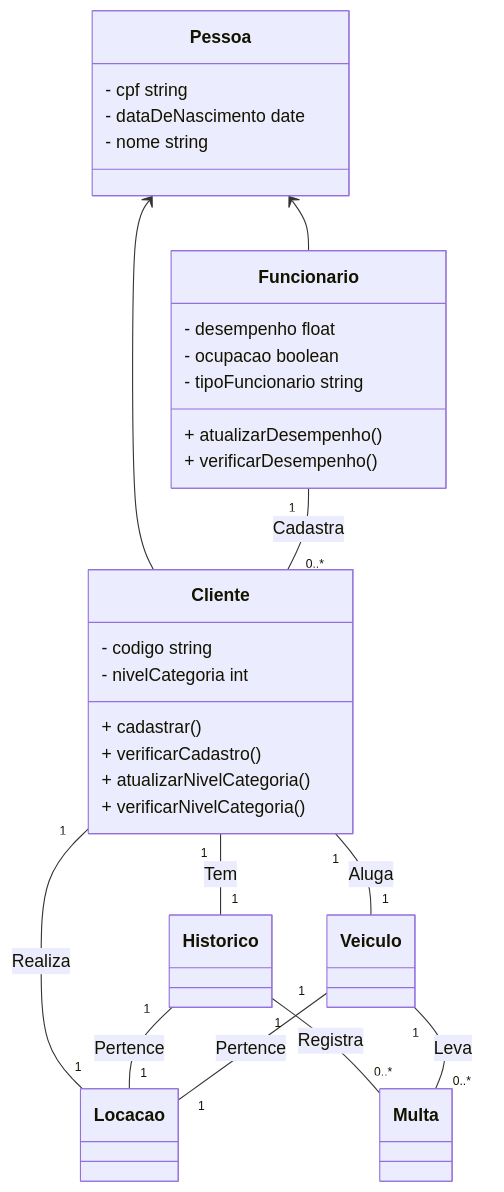
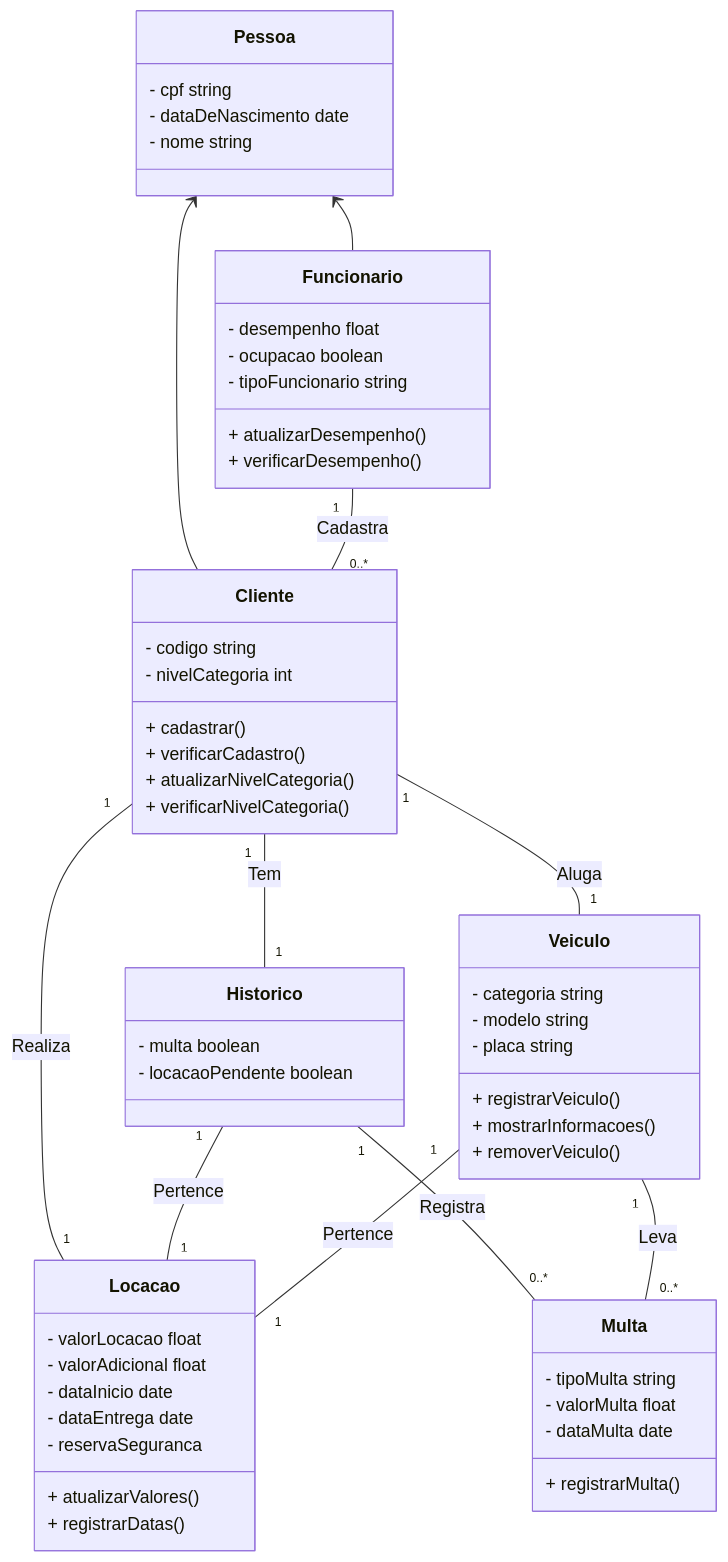
One commit to iagorosa28/mod_software changed the second of 2 diagrams in README.md. Above: the diagram before and after it, drawn with Mermaid.

````diff
--- a/README.md
+++ b/README.md
@@ -153,36 +153,67 @@
 ```mermaid
 classDiagram
   Pessoa <-- Cliente
   Pessoa <-- Funcionario
   Funcionario "1" -- "0..*" Cliente : Cadastra
   Cliente "1" -- "1" Locacao : Realiza
   Cliente "1" -- "1" Veiculo : Aluga
   Cliente "1" -- "1" Historico : Tem
   Historico "1" -- "1" Locacao : Pertence
   Historico "1" -- "0..*" Multa : Registra
   Veiculo "1" -- "1" Locacao : Pertence
   Veiculo "1" -- "0..*" Multa : Leva
 
   class Pessoa{
   - cpf string
   - dataDeNascimento date
   - nome string
   }
 
   class Cliente{
   - codigo string
   - nivelCategoria int
   + cadastrar()
   + verificarCadastro()
   + atualizarNivelCategoria()
   + verificarNivelCategoria()
   }
 
   class Funcionario{
   - desempenho float
   - ocupacao boolean
   - tipoFuncionario string
   + atualizarDesempenho()
   + verificarDesempenho()
   }
+
+  class Historico{
+  - multa boolean
+  - locacaoPendente boolean
+  }
+
+  class Locacao{
+  - valorLocacao float
+  - valorAdicional float
+  - dataInicio date
+  - dataEntrega date
+  - reservaSeguranca
+  + atualizarValores()
+  + registrarDatas()
+  }
+
+  class Veiculo{
+  - categoria string
+  - modelo string
+  - placa string
+  + registrarVeiculo()
+  + mostrarInformacoes()
+  + removerVeiculo()
+  }
+
+  class Multa{
+  - tipoMulta string
+  - valorMulta float
+  - dataMulta date
+  + registrarMulta()
+  }
 ```
````
